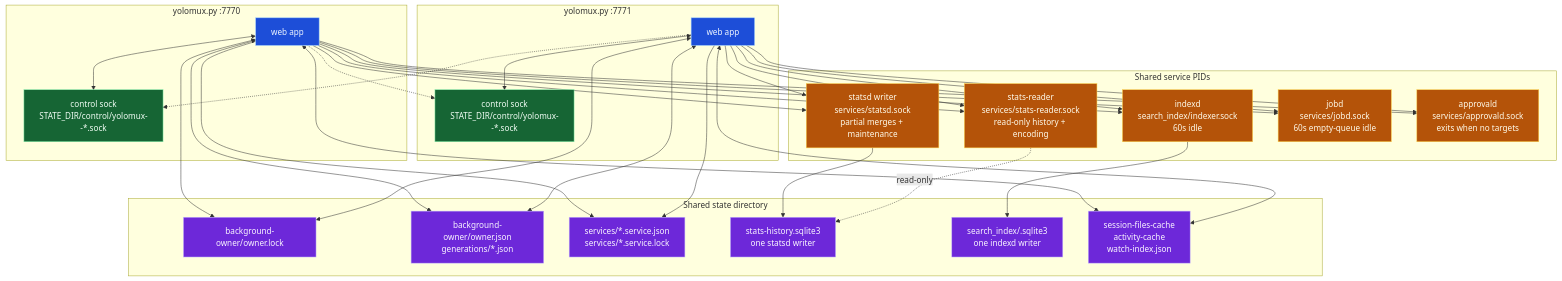
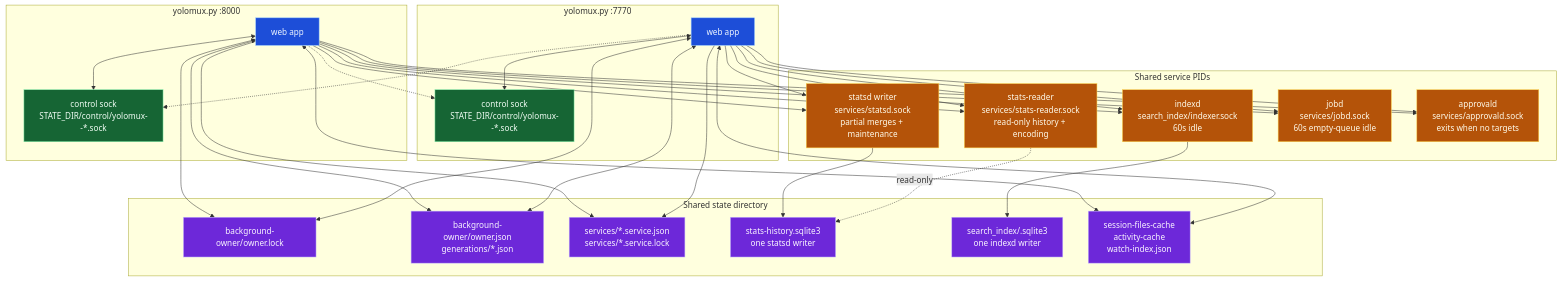
One commit to keivenchang/yolomux changed the third of 3 diagrams in README.md. Above: the diagram before and after it, drawn with Mermaid. The commit also changed other lines of this file and 3 other files, not shown here.

````diff
--- a/README.md
+++ b/README.md
@@ -158,62 +158,62 @@
 ```mermaid
 flowchart TB
-  subgraph p1["yolomux.py :7770"]
+  subgraph p1["yolomux.py :8000"]
     app1["web app"]
     sock1["control sock\nSTATE_DIR/control/yolomux-<pid>-*.sock"]
   end
-  subgraph p2["yolomux.py :7771"]
+  subgraph p2["yolomux.py :7770"]
     app2["web app"]
     sock2["control sock\nSTATE_DIR/control/yolomux-<pid>-*.sock"]
   end
 
   subgraph state["Shared state directory"]
     ownerlock["background-owner/owner.lock"]
     ownerjson["background-owner/owner.json\ngenerations/*.json"]
     records["services/*.service.json\nservices/*.service.lock"]
     statsdb["stats-history.sqlite3\none statsd writer"]
     indexes["search_index/<digest>.sqlite3\none indexd writer"]
     caches["session-files-cache\nactivity-cache\nwatch-index.json"]
   end
   subgraph svc["Shared service PIDs"]
     statsd2["statsd writer\nservices/statsd.sock\npartial merges + maintenance"]
     statsreader2["stats-reader\nservices/stats-reader.sock\nread-only history + encoding"]
     indexer["indexd\nsearch_index/indexer.sock\n60s idle"]
     jobd2["jobd\nservices/jobd.sock\n60s empty-queue idle"]
     approvald2["approvald\nservices/approvald.sock\nexits when no targets"]
   end
 
   app1 <--> sock1
   app2 <--> sock2
   app2 -.-> sock1
   app1 -.-> sock2
   app1 <--> ownerlock
   app1 <--> ownerjson
   app2 <--> ownerlock
   app2 <--> ownerjson
   app1 --> records
   app2 --> records
   app1 --> statsd2
   app2 --> statsd2
   app1 --> statsreader2
   app2 --> statsreader2
   app1 --> indexer
   app2 --> indexer
   app1 --> jobd2
   app2 --> jobd2
   app1 --> approvald2
   app2 --> approvald2
   statsd2 --> statsdb
   statsreader2 -. read-only .-> statsdb
   indexer --> indexes
   app1 <--> caches
   app2 <--> caches
 
   classDef process fill:#1d4ed8,stroke:#93c5fd,color:#eff6ff
   classDef socket fill:#166534,stroke:#86efac,color:#f0fdf4
   classDef durable fill:#6d28d9,stroke:#c4b5fd,color:#faf5ff
   classDef localChild fill:#b45309,stroke:#fcd34d,color:#fffbeb
   class app1,app2 process
   class sock1,sock2 socket
   class ownerlock,ownerjson,records,statsdb,indexes,caches durable
   class statsd2,statsreader2,indexer,jobd2,approvald2 localChild
 ```
````
